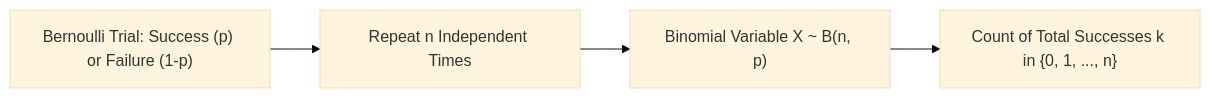
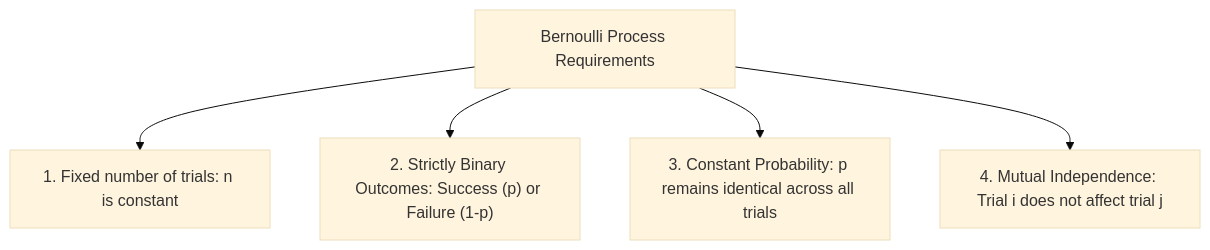
One commit to S1h2i3v4a/AI_ML changed the diagram in lecture_20/Notes_20.18/README.md. Above: the diagram before and after it, drawn with Mermaid (base theme). The commit also changed other lines of this file and 203 other files, not shown here.

Commit message:
docs(lectures 19-21): align notes with video lectures, add blackboard diagrams, clean structured functions, and compile vector PDFs

````diff
--- a/lecture_20/Notes_20.18/README.md
+++ b/lecture_20/Notes_20.18/README.md
@@ -14,6 +10,7 @@
 ```mermaid
-flowchart LR
-    A["Bernoulli Trial: Success (p) or Failure (1-p)"] --> B["Repeat n Independent Times"]
-    B --> C["Binomial Variable X ~ B(n, p)"]
-    C --> D["Count of Total Successes k in {0, 1, ..., n}"]
+flowchart TD
+    Conditions["Bernoulli Process Requirements"] --> C1["1. Fixed number of trials: n is constant"]
+    Conditions --> C2["2. Strictly Binary Outcomes: Success (p) or Failure (1-p)"]
+    Conditions --> C3["3. Constant Probability: p remains identical across all trials"]
+    Conditions --> C4["4. Mutual Independence: Trial i does not affect trial j"]
 ```
````
